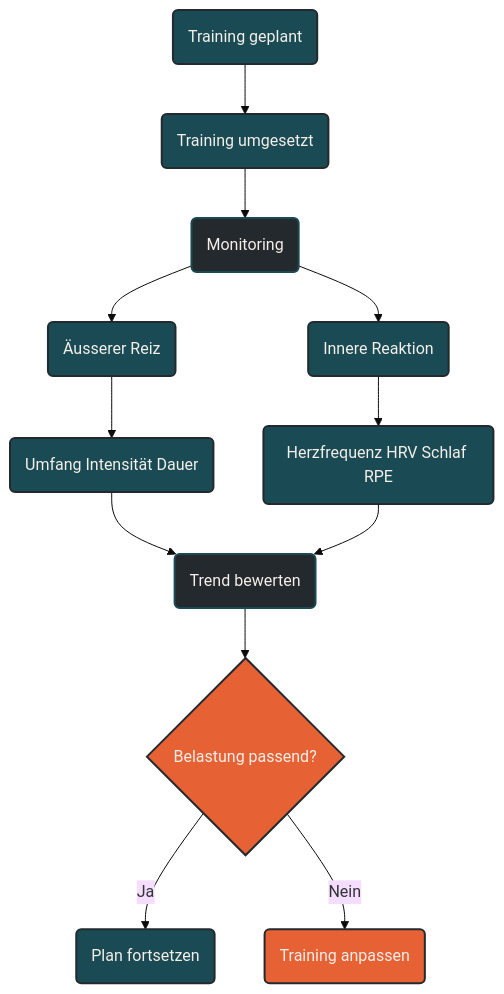
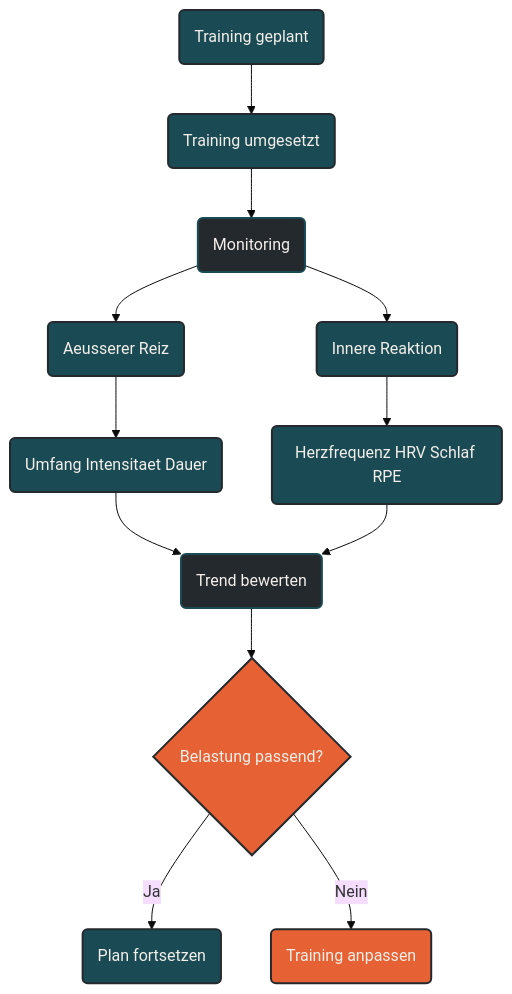
Before and after one commit to Quixos40K/ausdauersport-typemill: the diagram in content/00-ausdauersport/00-trainingswissenschaft/04-leistungsentwicklung/03-monitoring.md, drawn with Mermaid (base theme). The commit also changed other lines of this file, not shown here.

````diff
--- a/content/00-ausdauersport/00-trainingswissenschaft/04-leistungsentwicklung/03-monitoring.md
+++ b/content/00-ausdauersport/00-trainingswissenschaft/04-leistungsentwicklung/03-monitoring.md
@@ -231,34 +231,34 @@
 ```mermaid
 graph TD
     A(Training geplant) --> B(Training umgesetzt)
     B --> C(Monitoring)
-    C --> D(Äusserer Reiz)
+    C --> D(Aeusserer Reiz)
     C --> E(Innere Reaktion)
 
-    D --> F(Umfang Intensität Dauer)
+    D --> F(Umfang Intensitaet Dauer)
     E --> G(Herzfrequenz HRV Schlaf RPE)
 
     F --> H(Trend bewerten)
     G --> H
 
     H --> I{Belastung passend?}
     I -->|Ja| J(Plan fortsetzen)
     I -->|Nein| K(Training anpassen)
 
     classDef default fill:#F4EFEA,stroke:#1A4B54,stroke-width:2px,color:#24292E;
     classDef primary fill:#1A4B54,stroke:#24292E,stroke-width:2px,color:#F4EFEA;
     classDef highlight fill:#E66133,stroke:#24292E,stroke-width:2px,color:#F4EFEA;
     classDef dark fill:#24292E,stroke:#1A4B54,stroke-width:2px,color:#F4EFEA;
 
     class A primary;
     class B primary;
     class C dark;
     class D primary;
     class E primary;
     class F primary;
     class G primary;
     class H dark;
     class I highlight;
     class J primary;
     class K highlight;
 ```
````
